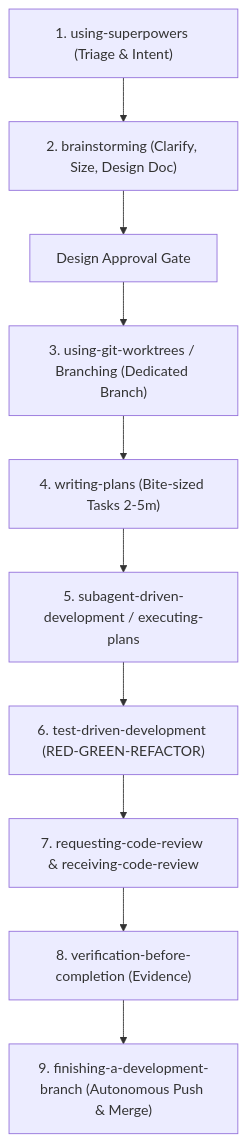
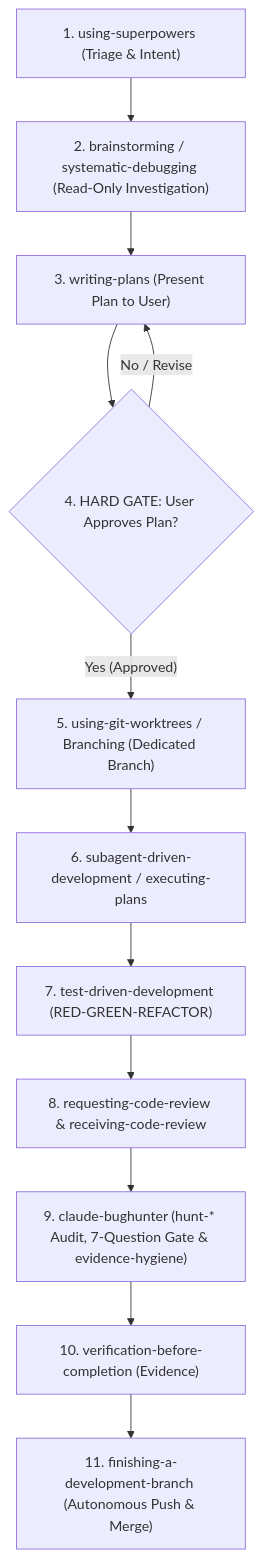
Before and after one commit to piraanjung/pios: the diagram in AGENTS.md, drawn with Mermaid. The commit also changed other lines of this file and 4 other files, not shown here.

````diff
--- a/AGENTS.md
+++ b/AGENTS.md
@@ -20,12 +28,14 @@
 ```mermaid
 flowchart TD
-    A["1. using-superpowers (Triage & Intent)"] --> B["2. brainstorming (Clarify, Size, Design Doc)"]
-    B --> C["Design Approval Gate"]
-    C --> D["3. using-git-worktrees / Branching (Dedicated Branch)"]
-    D --> E["4. writing-plans (Bite-sized Tasks 2-5m)"]
-    E --> F["5. subagent-driven-development / executing-plans"]
-    F --> G["6. test-driven-development (RED-GREEN-REFACTOR)"]
-    G --> H["7. requesting-code-review & receiving-code-review"]
-    H --> I["8. verification-before-completion (Evidence)"]
-    I --> J["9. finishing-a-development-branch (Autonomous Push & Merge)"]
+    A["1. using-superpowers (Triage & Intent)"] --> B["2. brainstorming / systematic-debugging (Read-Only Investigation)"]
+    B --> C["3. writing-plans (Present Plan to User)"]
+    C --> D{"4. HARD GATE: User Approves Plan?"}
+    D -- "No / Revise" --> C
+    D -- "Yes (Approved)" --> E["5. using-git-worktrees / Branching (Dedicated Branch)"]
+    E --> F["6. subagent-driven-development / executing-plans"]
+    F --> G["7. test-driven-development (RED-GREEN-REFACTOR)"]
+    G --> H["8. requesting-code-review & receiving-code-review"]
+    H --> S["9. claude-bughunter (hunt-* Audit, 7-Question Gate & evidence-hygiene)"]
+    S --> I["10. verification-before-completion (Evidence)"]
+    I --> J["11. finishing-a-development-branch (Autonomous Push & Merge)"]
 ```
````
